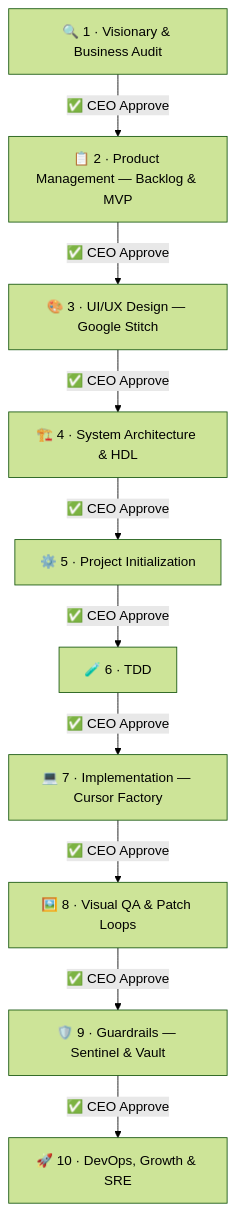
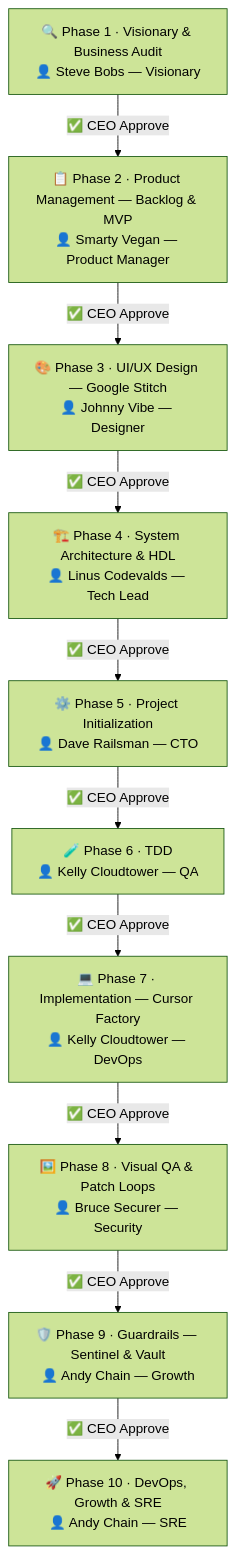
One commit to maximcoding/ai-venture-studio changed the diagram in README.md. Above: the diagram before and after it, drawn with Mermaid (forest theme). The commit also changed other lines of this file, not shown here.

Commit message:
README: add AI Dream Team personas to pipeline diagram and table

````diff
--- a/README.md
+++ b/README.md
@@ -17,23 +17,23 @@
 ```mermaid
 flowchart TD
-  P1[🔍 1 · Visionary & Business Audit]
-  P2[📋 2 · Product Management — Backlog & MVP]
-  P3[🎨 3 · UI/UX Design — Google Stitch]
-  P4[🏗️ 4 · System Architecture & HDL]
-  P5[⚙️ 5 · Project Initialization]
-  P6[🧪 6 · TDD]
-  P7[💻 7 · Implementation — Cursor Factory]
-  P8[🖼️ 8 · Visual QA & Patch Loops]
-  P9[🛡️ 9 · Guardrails — Sentinel & Vault]
-  P10[🚀 10 · DevOps, Growth & SRE]
+  P1["🔍 Phase 1 · Visionary & Business Audit\n👤 Steve Bobs — Visionary"]
+  P2["📋 Phase 2 · Product Management — Backlog & MVP\n👤 Smarty Vegan — Product Manager"]
+  P3["🎨 Phase 3 · UI/UX Design — Google Stitch\n👤 Johnny Vibe — Designer"]
+  P4["🏗️ Phase 4 · System Architecture & HDL\n👤 Linus Codevalds — Tech Lead"]
+  P5["⚙️ Phase 5 · Project Initialization\n👤 Dave Railsman — CTO"]
+  P6["🧪 Phase 6 · TDD\n👤 Kelly Cloudtower — QA"]
+  P7["💻 Phase 7 · Implementation — Cursor Factory\n👤 Kelly Cloudtower — DevOps"]
+  P8["🖼️ Phase 8 · Visual QA & Patch Loops\n👤 Bruce Securer — Security"]
+  P9["🛡️ Phase 9 · Guardrails — Sentinel & Vault\n👤 Andy Chain — Growth"]
+  P10["🚀 Phase 10 · DevOps, Growth & SRE\n👤 Andy Chain — SRE"]
 
   P1 -->|✅ CEO Approve| P2
   P2 -->|✅ CEO Approve| P3
   P3 -->|✅ CEO Approve| P4
   P4 -->|✅ CEO Approve| P5
   P5 -->|✅ CEO Approve| P6
   P6 -->|✅ CEO Approve| P7
   P7 -->|✅ CEO Approve| P8
   P8 -->|✅ CEO Approve| P9
   P9 -->|✅ CEO Approve| P10
 ```
````
